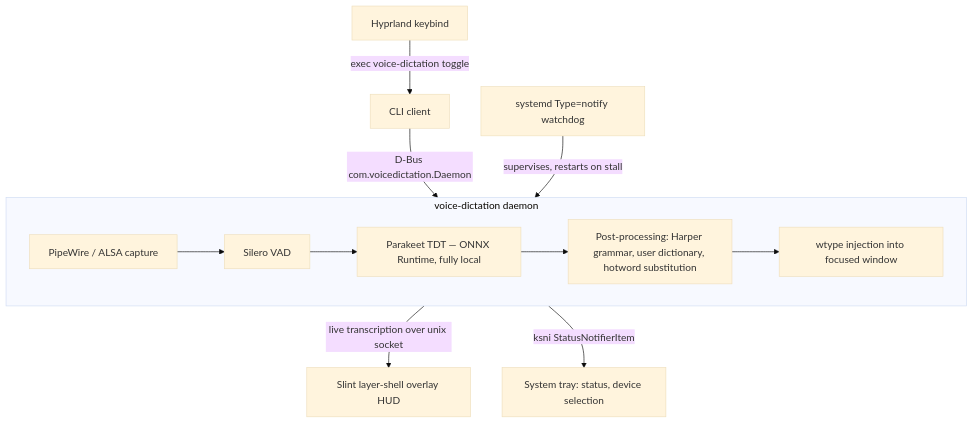
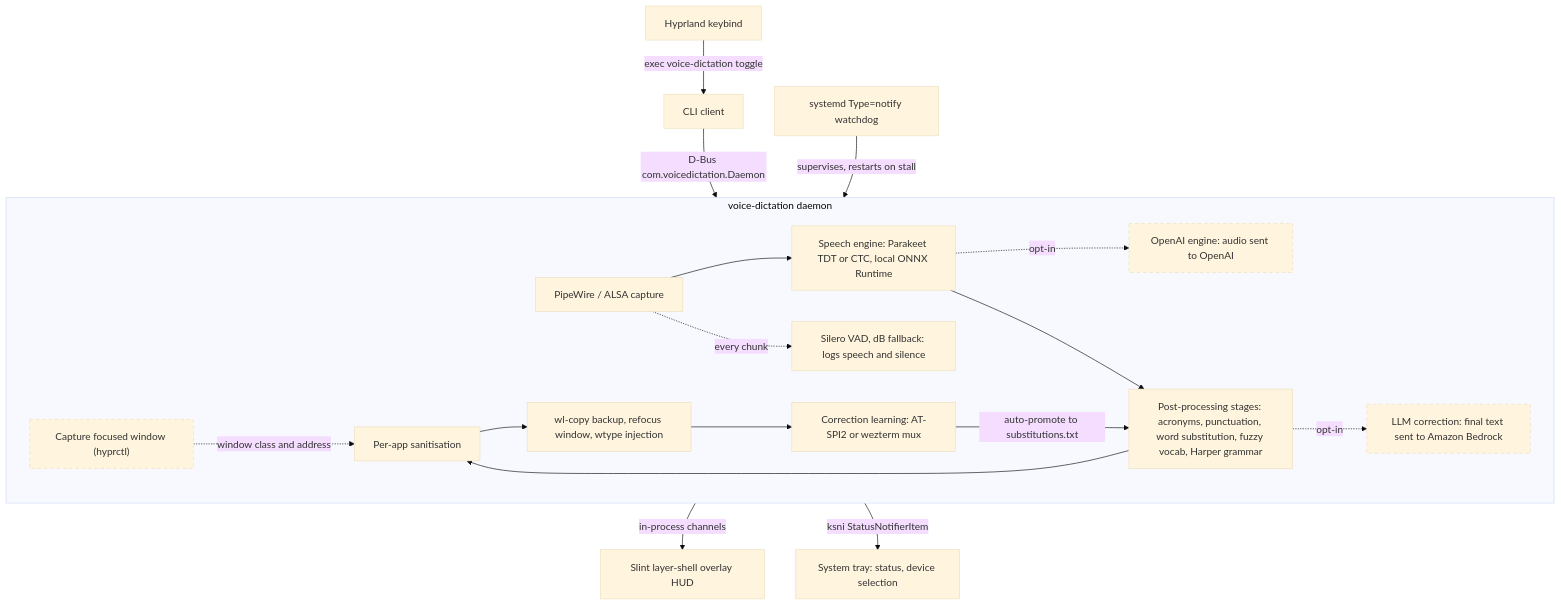
Before and after one commit to MasonRhodesDev/wayland-voice-dictation: the diagram in README.md, drawn with Mermaid (base theme). The commit also changed other lines of this file, not shown here.

````diff
--- a/README.md
+++ b/README.md
@@ -21,16 +24,26 @@
 ```mermaid
 flowchart TD
     key["Hyprland keybind"] -->|"exec voice-dictation toggle"| cli["CLI client"]
     cli -->|"D-Bus com.voicedictation.Daemon"| engine
 
     subgraph engine["voice-dictation daemon"]
-        cap["PipeWire / ALSA capture"] --> vad["Silero VAD"]
-        vad --> asr["Parakeet TDT — ONNX Runtime, fully local"]
-        asr --> post["Post-processing: Harper grammar, user dictionary, hotword substitution"]
-        post --> inject["wtype injection into focused window"]
+        win["Capture focused window (hyprctl)"]
+        cap["PipeWire / ALSA capture"] --> asr["Speech engine: Parakeet TDT or CTC, local ONNX Runtime"]
+        cap -.->|"every chunk"| vad["Silero VAD, dB fallback: logs speech and silence"]
+        asr -.->|"opt-in"| openai["OpenAI engine: audio sent to OpenAI"]
+        asr --> post["Post-processing stages: acronyms, punctuation, word substitution, fuzzy vocab, Harper grammar"]
+        post -.->|"opt-in"| llm["LLM correction: final text sent to Amazon Bedrock"]
+        post --> san["Per-app sanitisation"]
+        san --> inject["wl-copy backup, refocus window, wtype injection"]
+        win -.->|"window class and address"| san
+        inject --> learn["Correction learning: AT-SPI2 or wezterm mux"]
+        learn -->|"auto-promote to substitutions.txt"| post
     end
 
-    engine -->|"live transcription over unix socket"| hud["Slint layer-shell overlay HUD"]
+    engine -->|"in-process channels"| hud["Slint layer-shell overlay HUD"]
     engine -->|"ksni StatusNotifierItem"| tray["System tray: status, device selection"]
     systemd["systemd Type=notify watchdog"] -->|"supervises, restarts on stall"| engine
+
+    classDef optional stroke-dasharray: 5 5
+    class win,openai,llm optional
 ```
````
